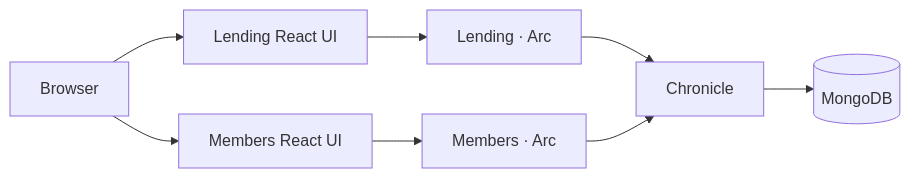
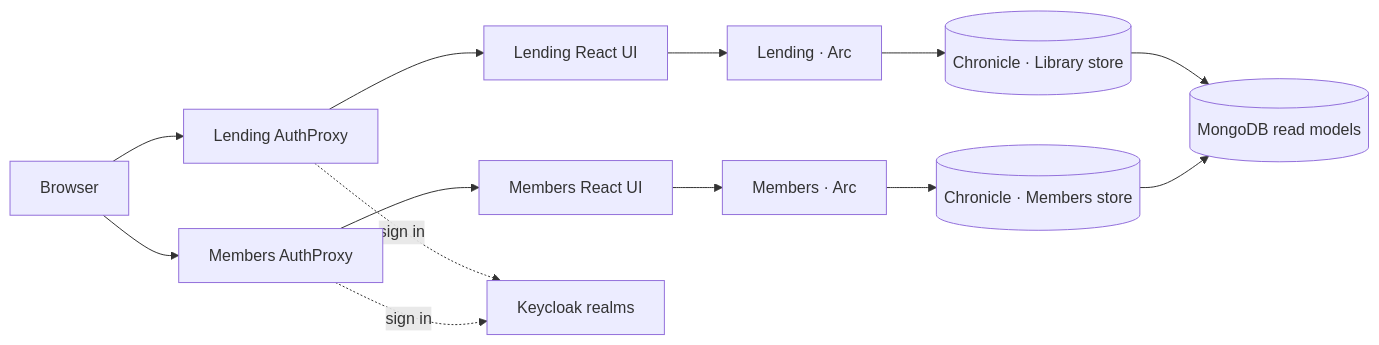
Before and after one commit to Cratis/Samples: the diagram in Library/README.md, drawn with Mermaid. The commit also changed other lines of this file and 45 other files, not shown here.

````diff
--- a/Library/README.md
+++ b/Library/README.md
@@ -50,16 +50,21 @@
 ```mermaid
 flowchart LR
     Browser[Browser]
+    LendingProxy[Lending AuthProxy]
+    MembersProxy[Members AuthProxy]
     LendingUI[Lending React UI]
     MembersUI[Members React UI]
     Lending[Lending · Arc]
     Members[Members · Arc]
-    Chronicle[Chronicle]
-    MongoDB[(MongoDB)]
+    LibraryStore[(Chronicle · Library store)]
+    MembersStore[(Chronicle · Members store)]
+    MongoDB[(MongoDB read models)]
+    Keycloak[Keycloak realms]
 
-    Browser --> LendingUI --> Lending
-    Browser --> MembersUI --> Members
-    Lending --> Chronicle
-    Members --> Chronicle
-    Chronicle --> MongoDB
+    Browser --> LendingProxy
+    Browser --> MembersProxy
+    LendingProxy --> LendingUI --> Lending --> LibraryStore --> MongoDB
+    MembersProxy --> MembersUI --> Members --> MembersStore --> MongoDB
+    LendingProxy -. sign in .-> Keycloak
+    MembersProxy -. sign in .-> Keycloak
 ```
````
